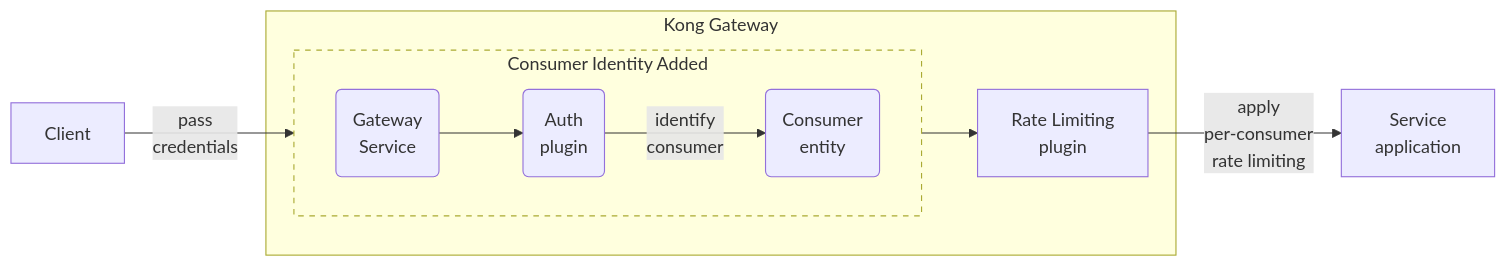
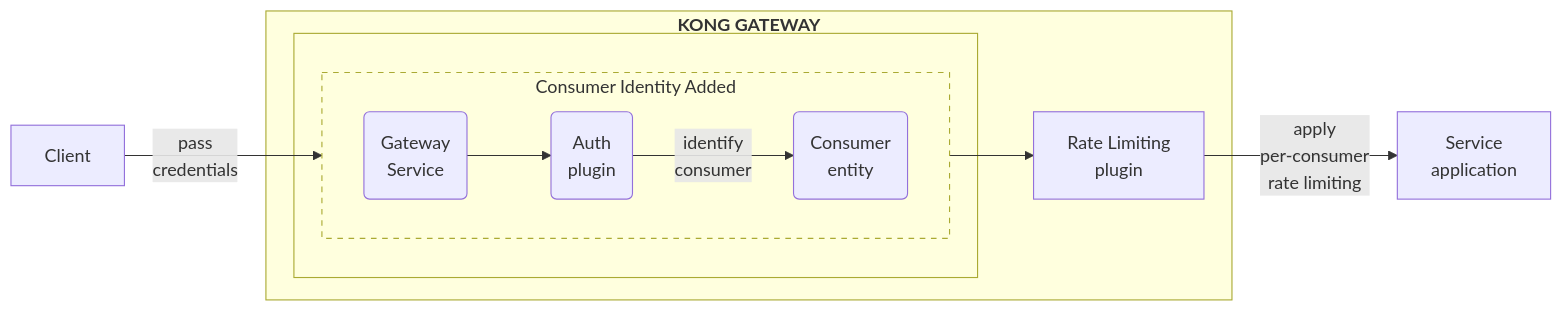
One commit to Kong/developer.konghq.com changed the diagram in app/_gateway_entities/consumer.md. Above: the diagram before and after it, drawn with Mermaid.

Commit message:
better spacing for title

```diff
--- a/app/_gateway_entities/consumer.md
+++ b/app/_gateway_entities/consumer.md
@@ -89,34 +89,37 @@
 {% mermaid %}
 flowchart LR
 
 Consumer(Consumer 
 entity)
 Service(Gateway 
 Service)
 Auth(Auth
 plugin)
 Upstream[Service 
 application]
 RL["Rate Limiting 
 plugin"]
 
 Client --pass
 credentials--> Service
-subgraph Kong Gateway
+subgraph id1 ["`**KONG GATEWAY**`"]
+    subgraph padding[ ]
 
 subgraph Authenticate ["Consumer Identity Added"]
     direction LR
     Service --> Auth
     Auth--identify 
     consumer-->Consumer
+    end
 end
 
 Consumer--> RL
 end
 RL --apply 
 per-consumer
 rate limiting--> Upstream
 
 style Authenticate stroke-dasharray: 5 5
+style padding stroke:none!important,fill:none!important
 
 {% endmermaid %}
```
